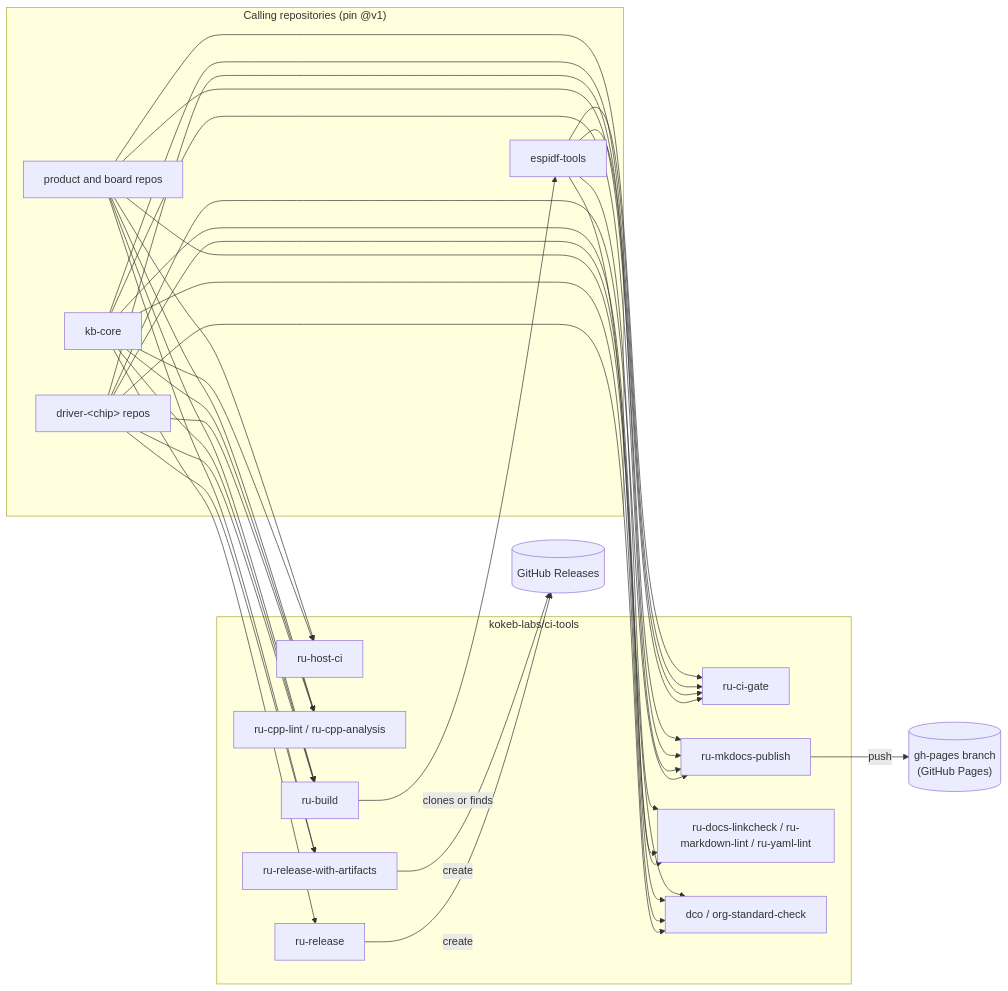
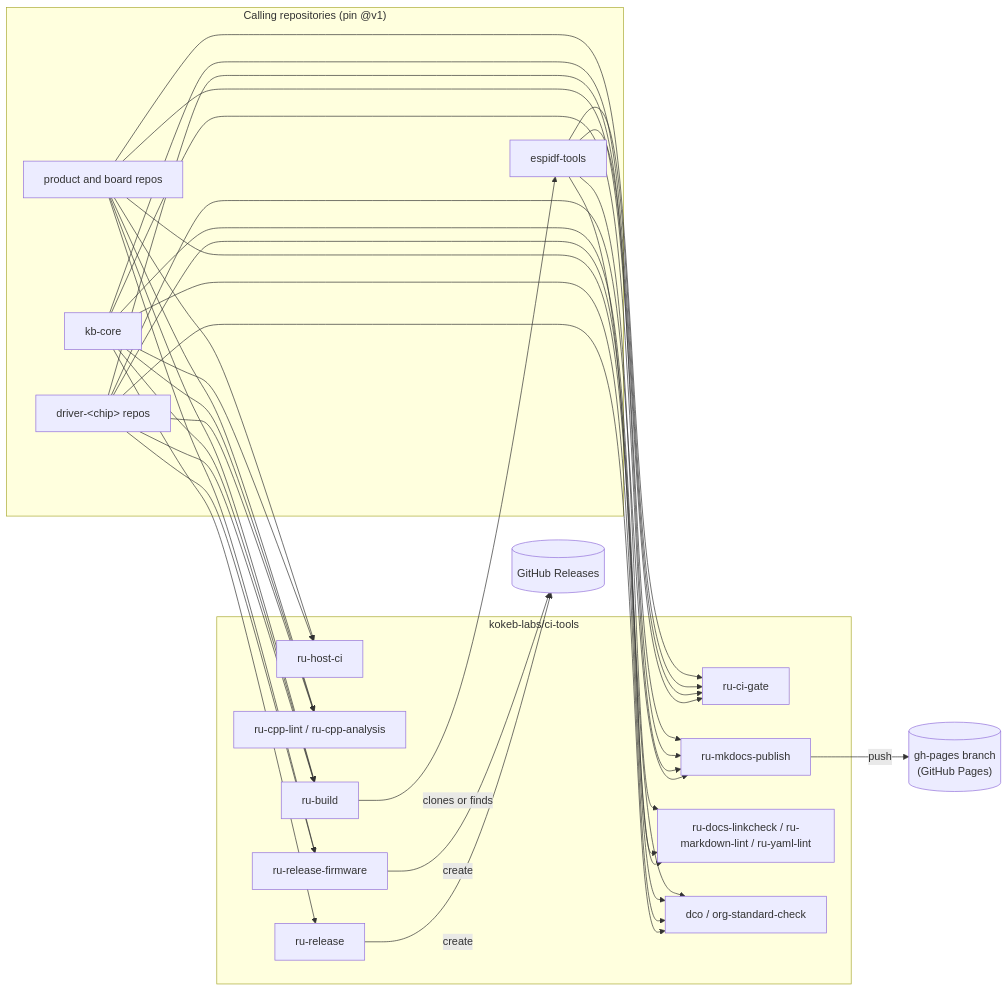
Before and after one commit to kokeb-labs/ci-tools: the diagram in README.md, drawn with Mermaid. The commit also changed other lines of this file and 20 other files, not shown here.

First line of the commit message:
ru-release-firmware: firmware releases for private repositories (1.14.0) (#30)

````diff
--- a/README.md
+++ b/README.md
@@ -29,29 +29,29 @@
 ```mermaid
 flowchart LR
   subgraph callers["Calling repositories (pin @v1)"]
     drivers["driver-&lt;chip&gt; repos"]
     core["kb-core"]
     tools["espidf-tools"]
     products["product and board repos"]
   end
 
   subgraph citools["kokeb-labs/ci-tools"]
     gate["ru-ci-gate"]
     host["ru-host-ci"]
     lint["ru-cpp-lint / ru-cpp-analysis"]
     pub["ru-mkdocs-publish"]
     text["ru-docs-linkcheck / ru-markdown-lint / ru-yaml-lint"]
     rel["ru-release"]
     build["ru-build"]
-    relart["ru-release-with-artifacts"]
+    relart["ru-release-firmware"]
     org["dco / org-standard-check"]
   end
 
   drivers --> gate & lint & pub & text & build & relart & org
   core --> gate & host & lint & pub & text & build & rel & org
   tools --> gate & pub & text & org
   products --> gate & host & lint & pub & build & relart & org
   build -- "clones or finds" --> tools
   pub -- "push" --> pages[("gh-pages branch<br/>(GitHub Pages)")]
   rel & relart -- "create" --> releases[("GitHub Releases")]
 ```
````
